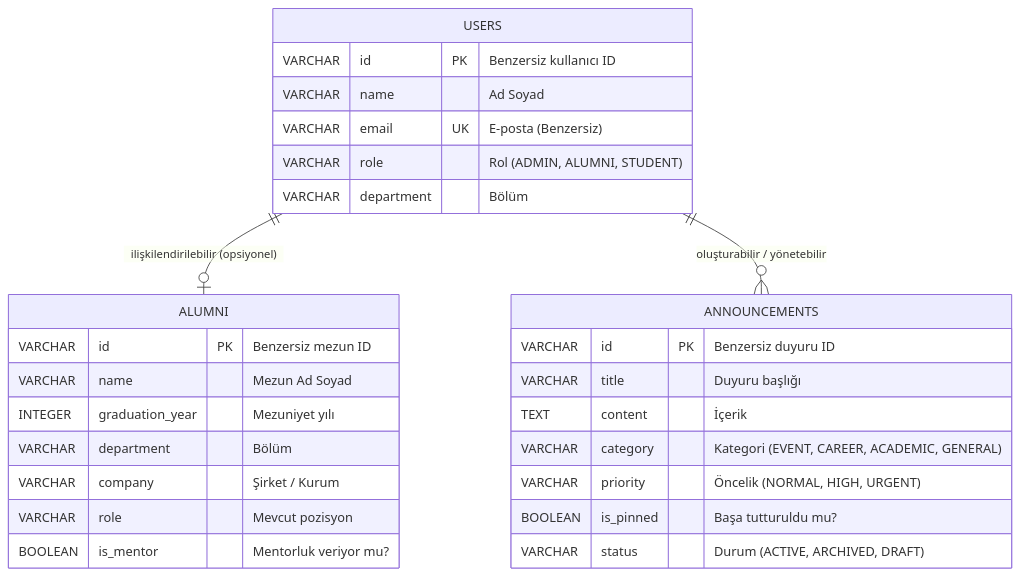
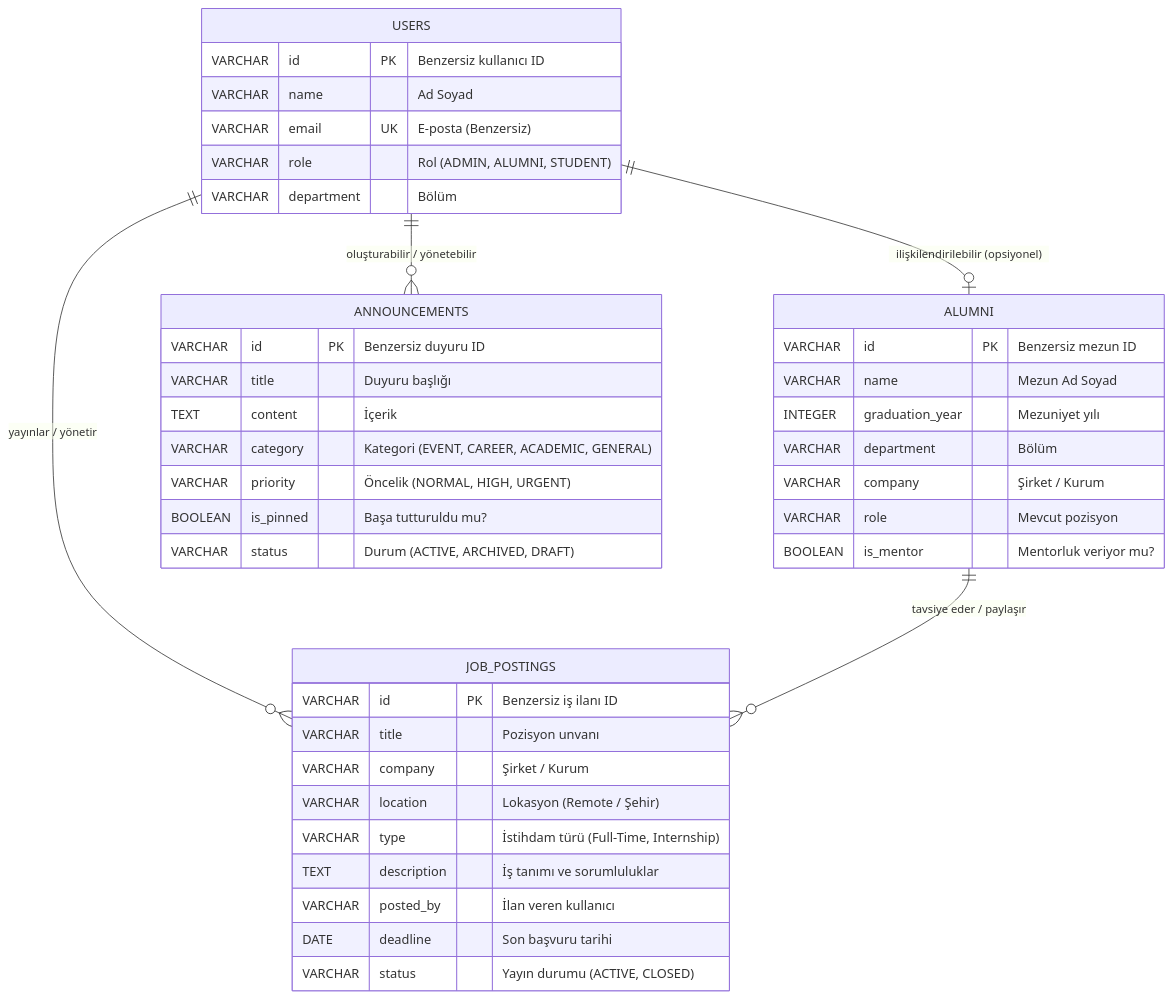
Before and after one commit to erenkilic3/Alumni: the fourth of 4 diagrams in README.md, drawn with Mermaid. The commit also changed other lines of this file and 13 other files, not shown here.

Commit message:
feat(db): update ddd.md with job-posting schema, migration 005, model, factory, and seeder

````diff
--- a/README.md
+++ b/README.md
@@ -366,30 +366,43 @@
 ```mermaid
 erDiagram
     USERS ||--o| ALUMNI : "ilişkilendirilebilir (opsiyonel)"
     USERS ||--o{ ANNOUNCEMENTS : "oluşturabilir / yönetebilir"
+    USERS ||--o{ JOB_POSTINGS : "yayınlar / yönetir"
+    ALUMNI ||--o{ JOB_POSTINGS : "tavsiye eder / paylaşır"
     USERS {
         VARCHAR id PK "Benzersiz kullanıcı ID"
         VARCHAR name "Ad Soyad"
         VARCHAR email UK "E-posta (Benzersiz)"
         VARCHAR role "Rol (ADMIN, ALUMNI, STUDENT)"
         VARCHAR department "Bölüm"
     }
     ANNOUNCEMENTS {
         VARCHAR id PK "Benzersiz duyuru ID"
         VARCHAR title "Duyuru başlığı"
         TEXT content "İçerik"
         VARCHAR category "Kategori (EVENT, CAREER, ACADEMIC, GENERAL)"
         VARCHAR priority "Öncelik (NORMAL, HIGH, URGENT)"
         BOOLEAN is_pinned "Başa tutturuldu mu?"
         VARCHAR status "Durum (ACTIVE, ARCHIVED, DRAFT)"
     }
     ALUMNI {
         VARCHAR id PK "Benzersiz mezun ID"
         VARCHAR name "Mezun Ad Soyad"
         INTEGER graduation_year "Mezuniyet yılı"
         VARCHAR department "Bölüm"
         VARCHAR company "Şirket / Kurum"
         VARCHAR role "Mevcut pozisyon"
         BOOLEAN is_mentor "Mentorluk veriyor mu?"
     }
+    JOB_POSTINGS {
+        VARCHAR id PK "Benzersiz iş ilanı ID"
+        VARCHAR title "Pozisyon unvanı"
+        VARCHAR company "Şirket / Kurum"
+        VARCHAR location "Lokasyon (Remote / Şehir)"
+        VARCHAR type "İstihdam türü (Full-Time, Internship)"
+        TEXT description "İş tanımı ve sorumluluklar"
+        VARCHAR posted_by "İlan veren kullanıcı"
+        DATE deadline "Son başvuru tarihi"
+        VARCHAR status "Yayın durumu (ACTIVE, CLOSED)"
+    }
 ```
````
